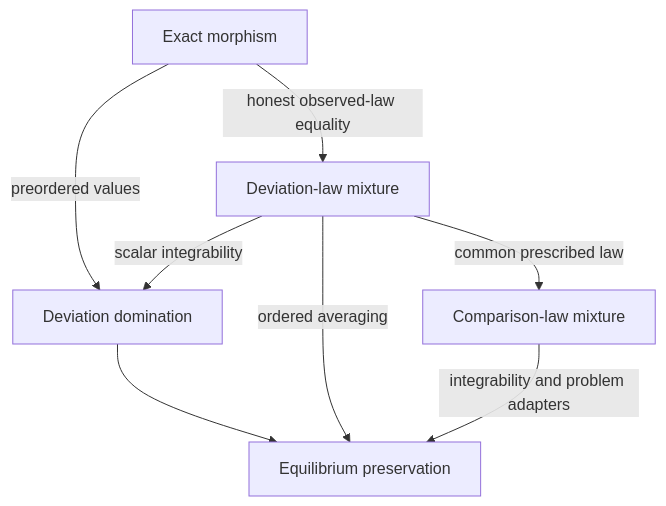
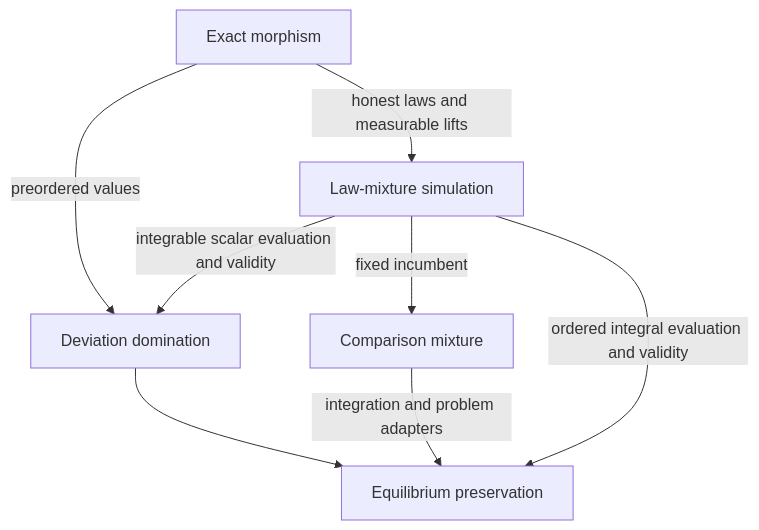
The diagram in docs/EquilibriumTransportDesign.md (elazarg/matheconlib), drawn with Mermaid before and after one commit. The commit also changed other lines of this file and 11 other files, not shown here.

Commit message:
feat(GameTheory): add equilibrium simulations and mixture transport

````diff
--- a/docs/EquilibriumTransportDesign.md
+++ b/docs/EquilibriumTransportDesign.md
@@ -82,10 +53,10 @@
 ```mermaid
 flowchart TD
   E["Exact morphism"] -->|"preordered values"| D["Deviation domination"]
-  E -->|"honest observed-law equality"| M["Deviation-law mixture"]
-  M -->|"scalar integrability"| D
-  M -->|"common prescribed law"| C["Comparison-law mixture"]
-  D --> P["Equilibrium preservation"]
-  M -->|"ordered averaging"| P
-  C -->|"integrability and problem adapters"| P
+  E -->|"honest laws and measurable lifts"| M["Law-mixture simulation"]
+  M -->|"integrable scalar evaluation and validity"| D
+  M -->|"fixed incumbent"| C["Comparison mixture"]
+  M -->|"ordered integral evaluation and validity"| P["Equilibrium preservation"]
+  D --> P
+  C -->|"integration and problem adapters"| P
 ```
````
